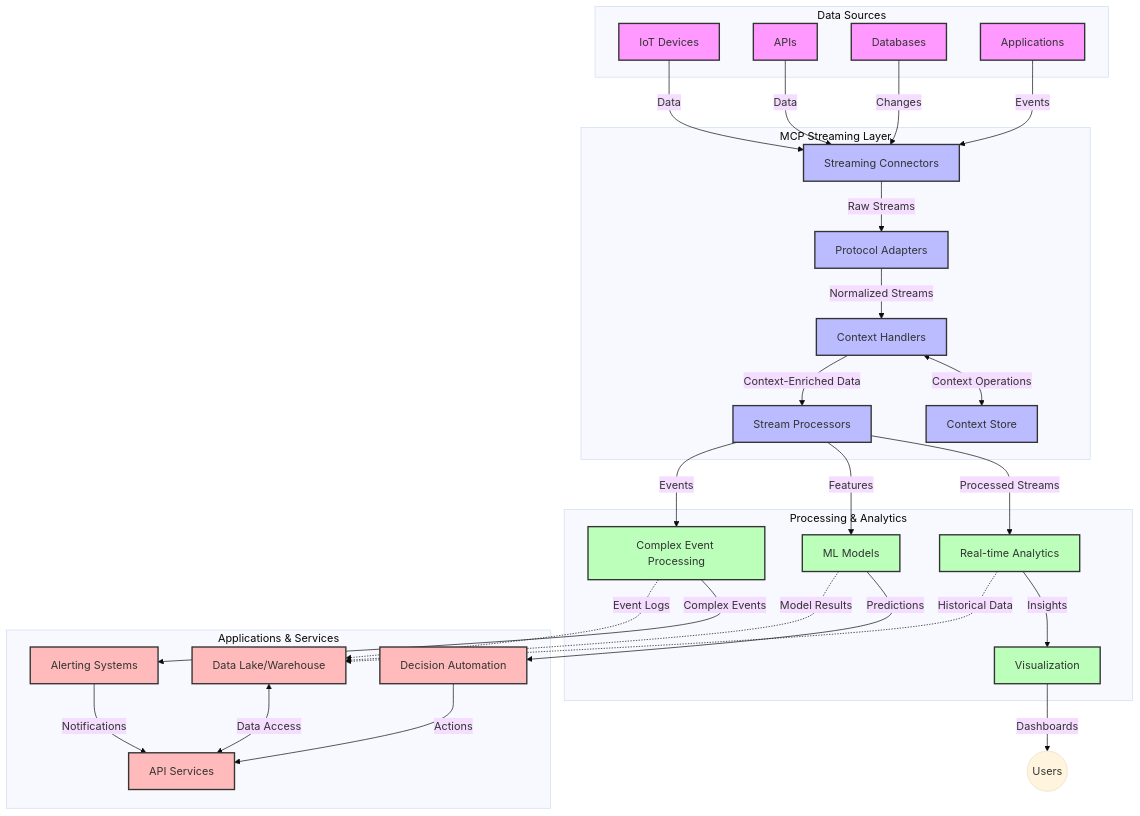
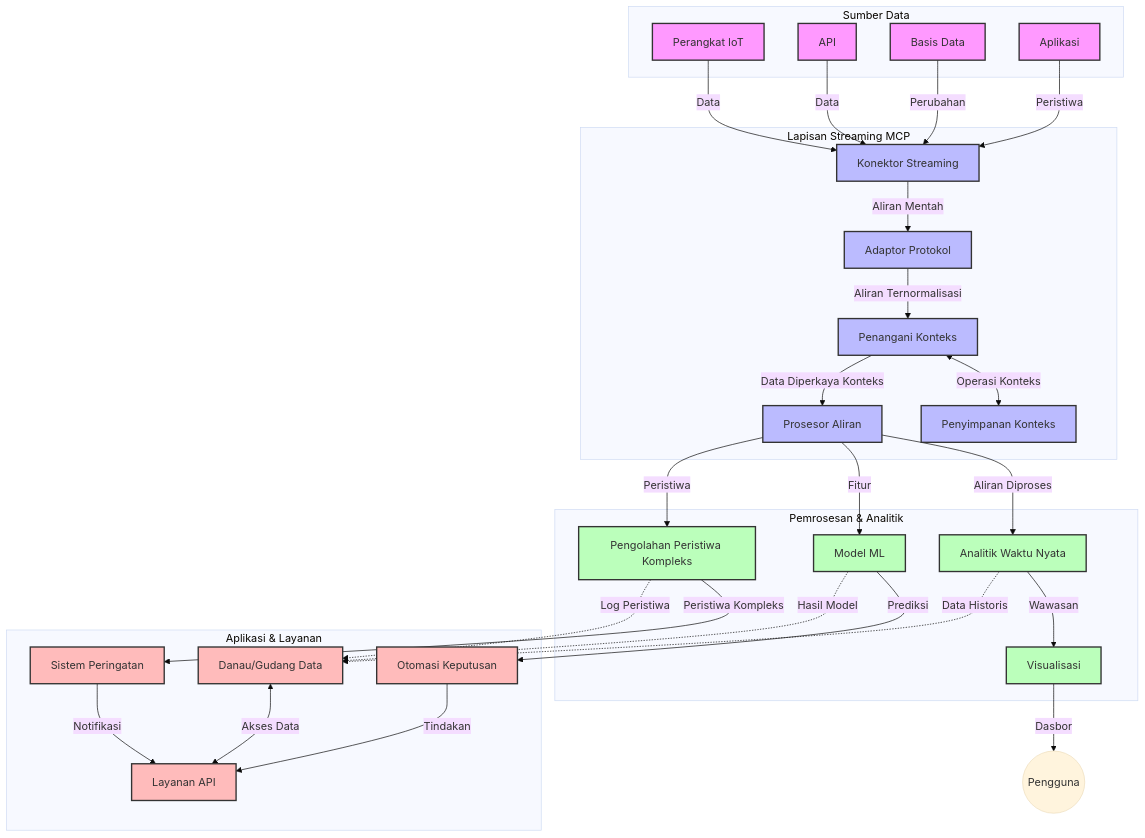
Before and after one commit to HIDORAKAI002/ai-workspace-archive: the diagram in mcp_ecosystem__model_context_protocol/mcp_learning_resources/mcp-for-beginners/translations/id/05-AdvancedTopics/mcp-realtimestreaming/README.md, drawn with Mermaid (base theme). The commit also changed other lines of this file and 1511 other files, not shown here.

Commit message:
chore(sync): update Public APIs Directory, Awesome ChatGPT Prompts, Dify, Activepieces, Trigger.dev, Windmill, Budibase, punkpeye/awesome-mcp-servers, +22 more

````diff
--- a/mcp_ecosystem__model_context_protocol/mcp_learning_resources/mcp-for-beginners/translations/id/05-AdvancedTopics/mcp-realtimestreaming/README.md
+++ b/mcp_ecosystem__model_context_protocol/mcp_learning_resources/mcp-for-beginners/translations/id/05-AdvancedTopics/mcp-realtimestreaming/README.md
@@ -90,67 +91,67 @@
 ```mermaid
 graph TD
-    subgraph "Data Sources"
-        IoT[IoT Devices]
-        APIs[APIs]
-        DB[Databases]
-        Apps[Applications]
+    subgraph "Sumber Data"
+        IoT[Perangkat IoT]
+        APIs[API]
+        DB[Basis Data]
+        Apps[Aplikasi]
     end
 
-    subgraph "MCP Streaming Layer"
-        SC[Streaming Connectors]
-        PA[Protocol Adapters]
-        CH[Context Handlers]
-        SP[Stream Processors]
-        CS[Context Store]
+    subgraph "Lapisan Streaming MCP"
+        SC[Konektor Streaming]
+        PA[Adaptor Protokol]
+        CH[Penangani Konteks]
+        SP[Prosesor Aliran]
+        CS[Penyimpanan Konteks]
     end
 
-    subgraph "Processing & Analytics"
-        RT[Real-time Analytics]
-        ML[ML Models]
-        CEP[Complex Event Processing]
-        Viz[Visualization]
+    subgraph "Pemrosesan & Analitik"
+        RT[Analitik Waktu Nyata]
+        ML[Model ML]
+        CEP[Pengolahan Peristiwa Kompleks]
+        Viz[Visualisasi]
     end
 
-    subgraph "Applications & Services"
-        DA[Decision Automation]
-        Alerts[Alerting Systems]
-        DL[Data Lake/Warehouse]
-        API[API Services]
+    subgraph "Aplikasi & Layanan"
+        DA[Otomasi Keputusan]
+        Alerts[Sistem Peringatan]
+        DL[Danau/Gudang Data]
+        API[Layanan API]
     end
 
     IoT -->|Data| SC
     APIs -->|Data| SC
-    DB -->|Changes| SC
-    Apps -->|Events| SC
+    DB -->|Perubahan| SC
+    Apps -->|Peristiwa| SC
     
-    SC -->|Raw Streams| PA
-    PA -->|Normalized Streams| CH
-    CH <-->|Context Operations| CS
-    CH -->|Context-Enriched Data| SP
-    SP -->|Processed Streams| RT
-    SP -->|Features| ML
-    SP -->|Events| CEP
+    SC -->|Aliran Mentah| PA
+    PA -->|Aliran Ternormalisasi| CH
+    CH <-->|Operasi Konteks| CS
+    CH -->|Data Diperkaya Konteks| SP
+    SP -->|Aliran Diproses| RT
+    SP -->|Fitur| ML
+    SP -->|Peristiwa| CEP
     
-    RT -->|Insights| Viz
-    ML -->|Predictions| DA
-    CEP -->|Complex Events| Alerts
-    Viz -->|Dashboards| Users((Users))
+    RT -->|Wawasan| Viz
+    ML -->|Prediksi| DA
+    CEP -->|Peristiwa Kompleks| Alerts
+    Viz -->|Dasbor| Users((Pengguna))
     
-    RT -.->|Historical Data| DL
-    ML -.->|Model Results| DL
-    CEP -.->|Event Logs| DL
+    RT -.->|Data Historis| DL
+    ML -.->|Hasil Model| DL
+    CEP -.->|Log Peristiwa| DL
     
-    DA -->|Actions| API
-    Alerts -->|Notifications| API
-    DL <-->|Data Access| API
+    DA -->|Tindakan| API
+    Alerts -->|Notifikasi| API
+    DL <-->|Akses Data| API
     
     classDef sources fill:#f9f,stroke:#333,stroke-width:2px
     classDef mcp fill:#bbf,stroke:#333,stroke-width:2px
     classDef processing fill:#bfb,stroke:#333,stroke-width:2px
     classDef apps fill:#fbb,stroke:#333,stroke-width:2px
     
     class IoT,APIs,DB,Apps sources
     class SC,PA,CH,SP,CS mcp
     class RT,ML,CEP,Viz processing
     class DA,Alerts,DL,API apps
 ```
````
